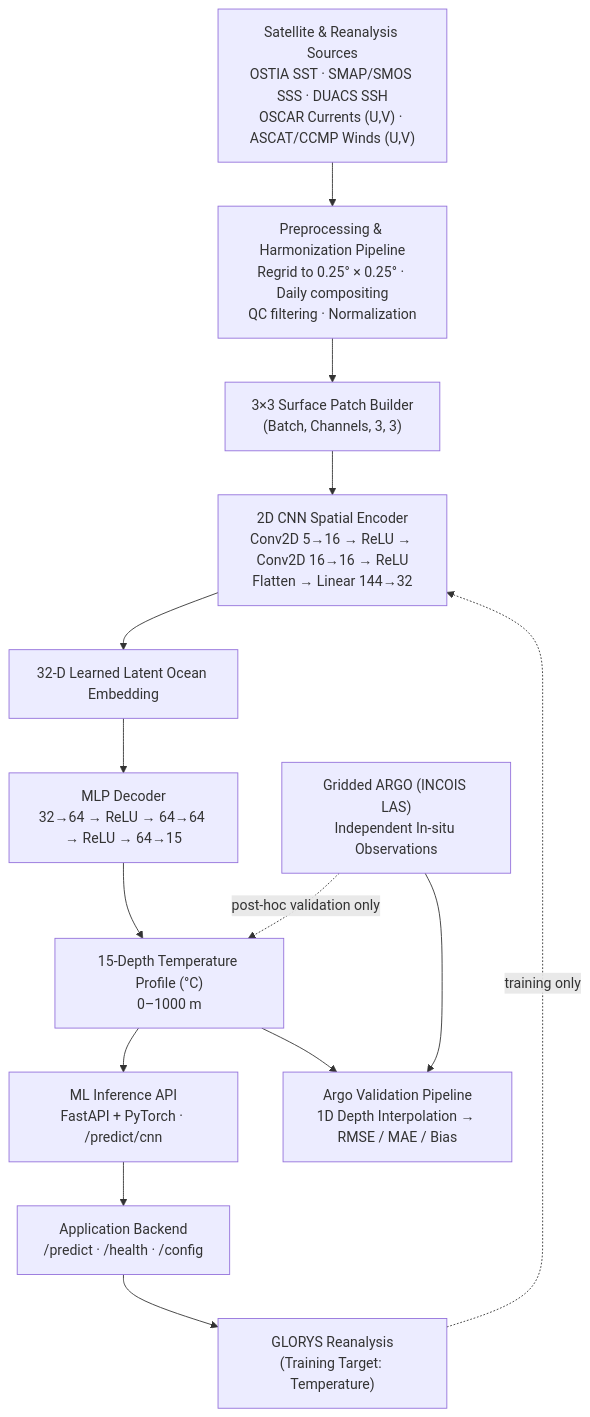
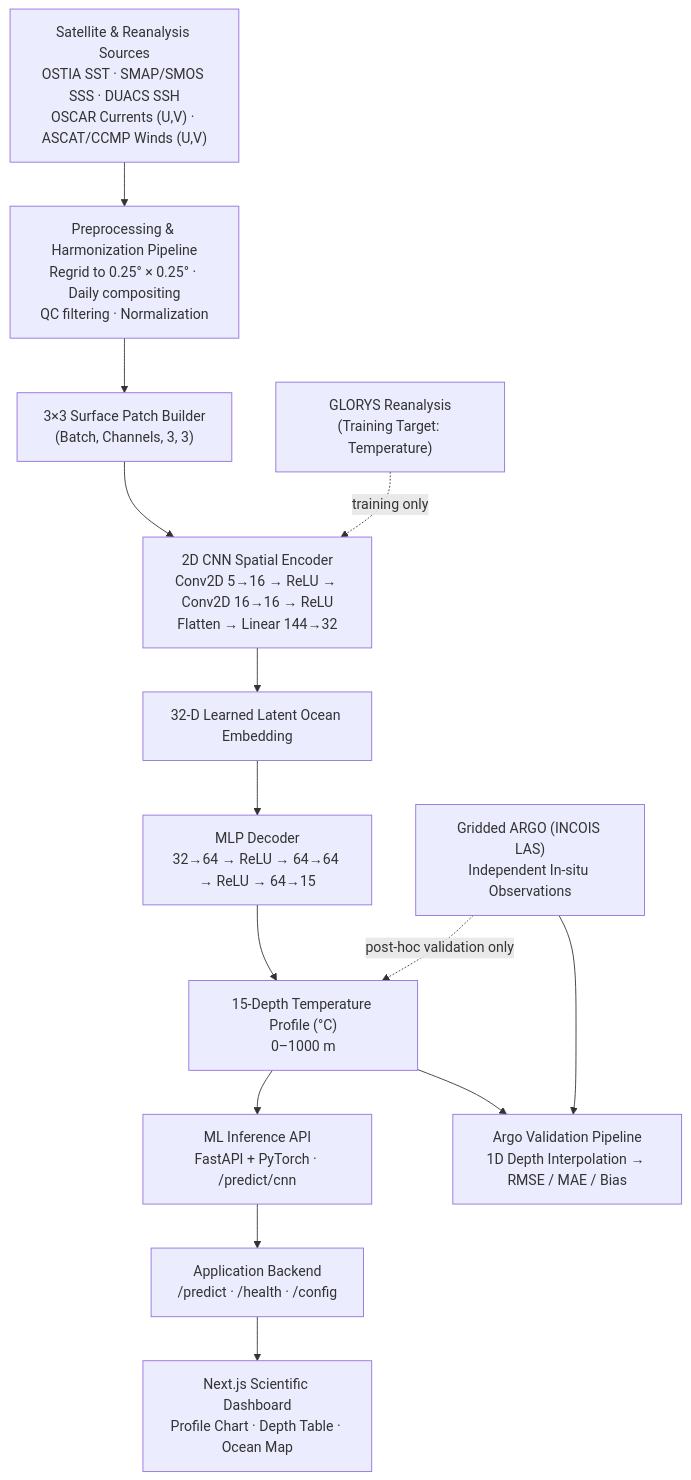
One commit to shivamdhama9650/SIH26 changed the diagram in README.md. Above: the diagram before and after it, drawn with Mermaid. The commit also changed other lines of this file and 54 other files, not shown here.

````diff
--- a/README.md
+++ b/README.md
@@ -50,18 +50,18 @@
 ```mermaid
 flowchart TD
     A["Satellite & Reanalysis Sources<br/>OSTIA SST · SMAP/SMOS SSS · DUACS SSH<br/>OSCAR Currents (U,V) · ASCAT/CCMP Winds (U,V)"] --> B["Preprocessing & Harmonization Pipeline<br/>Regrid to 0.25° × 0.25° · Daily compositing<br/>QC filtering · Normalization"]
     B --> C["3×3 Surface Patch Builder<br/>(Batch, Channels, 3, 3)"]
     C --> D["2D CNN Spatial Encoder<br/>Conv2D 5→16 → ReLU → Conv2D 16→16 → ReLU<br/>Flatten → Linear 144→32"]
     D --> E["32-D Learned Latent Ocean Embedding"]
     E --> F["MLP Decoder<br/>32→64 → ReLU → 64→64 → ReLU → 64→15"]
     F --> G["15-Depth Temperature Profile (°C)<br/>0–1000 m"]
     G --> H["ML Inference API<br/>FastAPI + PyTorch · /predict/cnn"]
     H --> I["Application Backend<br/>/predict · /health · /config"]
     I --> J["Next.js Scientific Dashboard<br/>Profile Chart · Depth Table · Ocean Map"]
 
-    J["GLORYS Reanalysis<br/>(Training Target: Temperature)"] -.training only.-> D
-    K["Gridded ARGO (INCOIS LAS)<br/>Independent In-situ Observations"] -.post-hoc validation only.-> G
-    K --> L["Argo Validation Pipeline<br/>1D Depth Interpolation → RMSE / MAE / Bias"]
+    K["GLORYS Reanalysis<br/>(Training Target: Temperature)"] -.training only.-> D
+    M["Gridded ARGO (INCOIS LAS)<br/>Independent In-situ Observations"] -.post-hoc validation only.-> G
+    M --> L["Argo Validation Pipeline<br/>1D Depth Interpolation → RMSE / MAE / Bias"]
     G --> L
 
 ```
````
